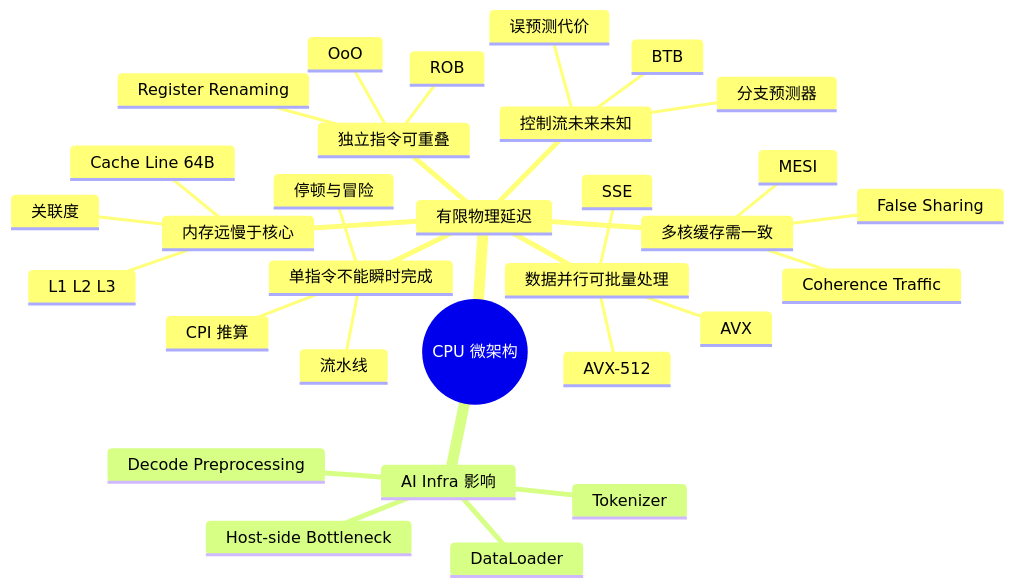
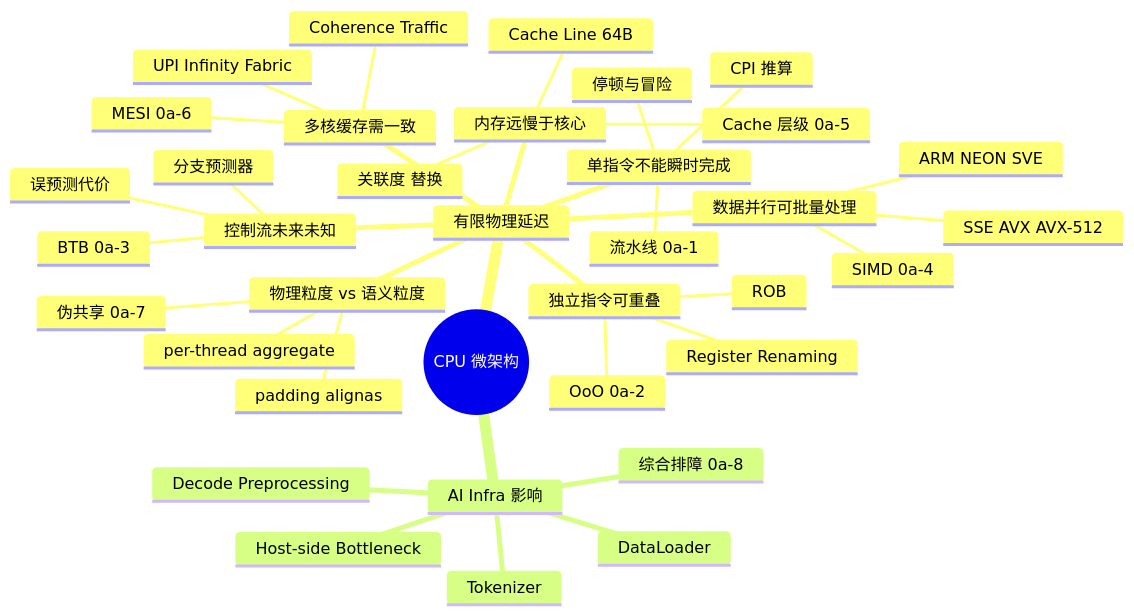
Before and after one commit to qxhy123/learn: the first of 2 diagrams in ai-infra-tutorial/part0-foundations-of-systems/0a-cpu-microarchitecture.md, drawn with Mermaid. The commit also changed other lines of this file and 39 other files, not shown here.

First line of the commit message:
Split Part 0a CPU microarchitecture into 8 deep-dive chapters

````diff
--- a/ai-infra-tutorial/part0-foundations-of-systems/0a-cpu-microarchitecture.md
+++ b/ai-infra-tutorial/part0-foundations-of-systems/0a-cpu-microarchitecture.md
@@ -25,34 +27,39 @@
 ```mermaid
 mindmap
   root((CPU 微架构))
     有限物理延迟
       单指令不能瞬时完成
-        流水线
+        流水线 0a-1
         停顿与冒险
         CPI 推算
       独立指令可重叠
-        OoO
+        OoO 0a-2
         Register Renaming
         ROB
       控制流未来未知
-        BTB
+        BTB 0a-3
         分支预测器
         误预测代价
       数据并行可批量处理
-        SSE
-        AVX
-        AVX-512
+        SIMD 0a-4
+        SSE AVX AVX-512
+        ARM NEON SVE
       内存远慢于核心
-        L1 L2 L3
+        Cache 层级 0a-5
         Cache Line 64B
-        关联度
+        关联度 替换
       多核缓存需一致
-        MESI
+        MESI 0a-6
         Coherence Traffic
-        False Sharing
+        UPI Infinity Fabric
+      物理粒度 vs 语义粒度
+        伪共享 0a-7
+        padding alignas
+        per-thread aggregate
     AI Infra 影响
       DataLoader
       Tokenizer
       Decode Preprocessing
       Host-side Bottleneck
+      综合排障 0a-8
 ```
````
